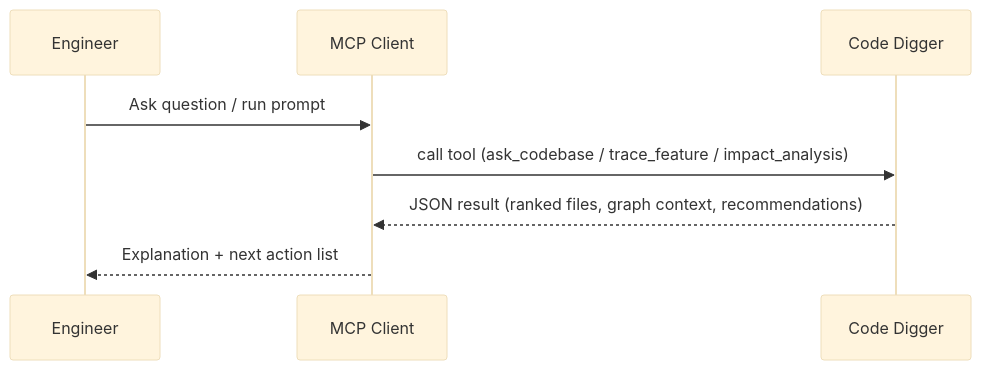
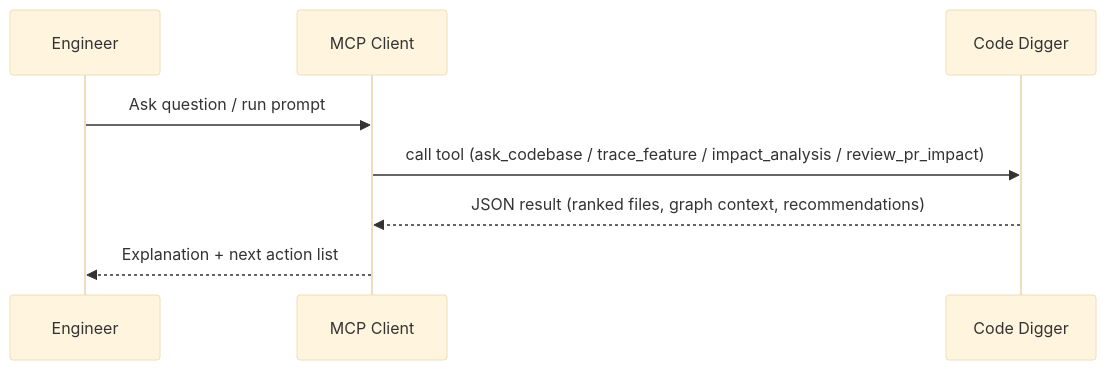
Before and after one commit to KushalP1/code-digger: the second of 2 diagrams in README.md, drawn with Mermaid (base theme). The commit also changed other lines of this file and 4 other files, not shown here.

Commit message:
feat: improve analysis quality and add exhaustive docs + PR impact tools

````diff
--- a/README.md
+++ b/README.md
@@ -747,10 +850,10 @@
 ```mermaid
 sequenceDiagram
   participant U as Engineer
   participant A as MCP Client
   participant C as Code Digger
   U->>A: Ask question / run prompt
-  A->>C: call tool (ask_codebase / trace_feature / impact_analysis)
+  A->>C: call tool (ask_codebase / trace_feature / impact_analysis / review_pr_impact)
   C-->>A: JSON result (ranked files, graph context, recommendations)
   A-->>U: Explanation + next action list
 ```
````
